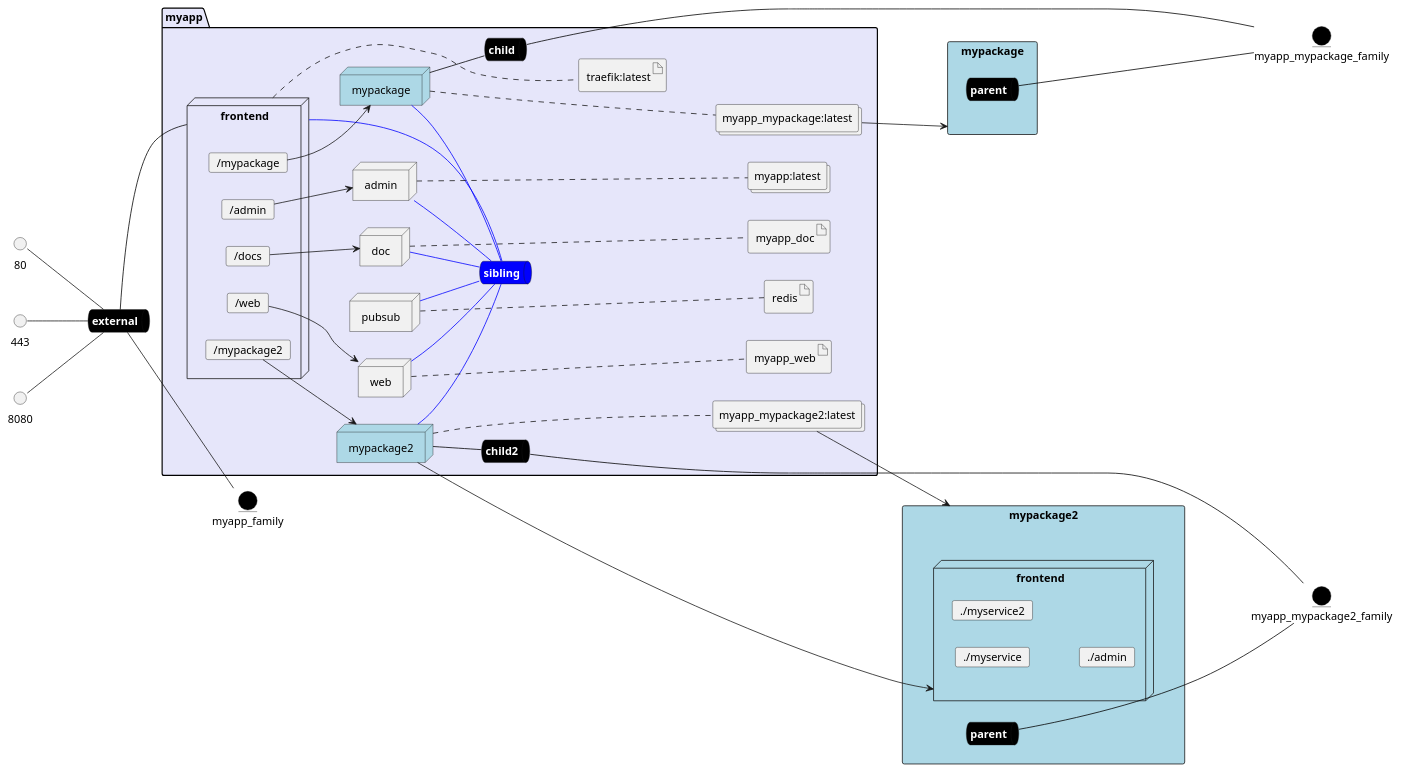
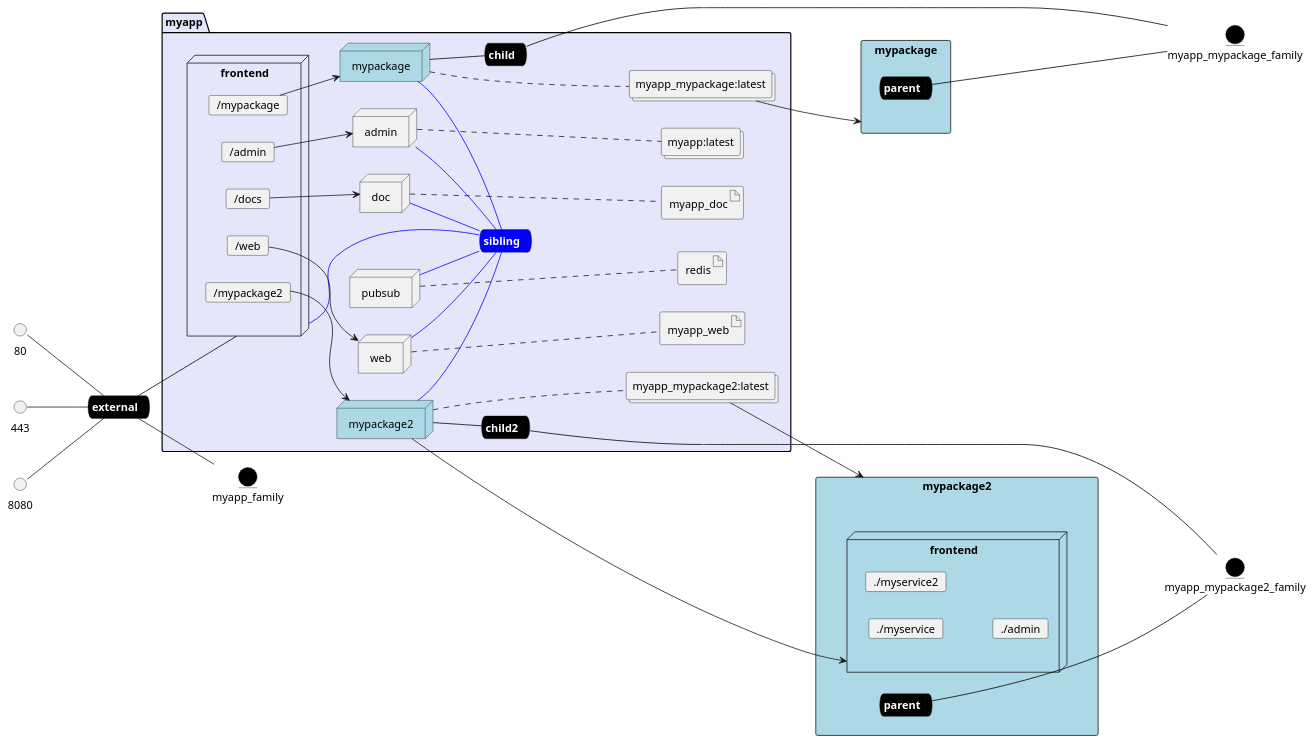
One commit to madajaju/ailtire changed the diagram in docs/Implementation/Services/deployment.puml. Above: the diagram before and after it, drawn with PlantUML. The commit also changed 34 other files, not shown here.

```diff
--- a/docs/Implementation/Services/deployment.puml
+++ b/docs/Implementation/Services/deployment.puml
@@ -1,112 +1,110 @@
 @startuml
 
 left to right direction
 
 
 queue external #black [
     <b><color:white>external</color></b>
 ]
 
 interface 80
 80 -- external
 
 interface 443
 443 -- external
 
 interface 8080
 8080 -- external
 
 
 entity myapp_family #black
 entity myapp_mypackage_family #black
 entity myapp_mypackage2_family #black
 external -- myapp_family
 
 rectangle "mypackage" as mypackageStack #lightblue {
     queue mypackageStacksnet #black [
         <b><color:white>parent</color></b>
     ]
 }
 rectangle "mypackage2" as mypackageStack2 #lightblue {
     queue mypackageStacksnet2 #black [
         <b><color:white>parent</color></b>
     ]
     node "frontend" as mypackageGwService {
         card "./myservice" as myservice1
         card "./myservice2" as myservice2
         card "./admin" as myp1adminmap
     }
 }
 
 
 package "myapp" #lavender {
     queue childrennet #black [
             <b><color:white>child</color></b>
     ]
     queue childrennet2 #black [
             <b><color:white>child2</color></b>
     ]
     childrennet -[#black]- myapp_mypackage_family
     childrennet2 -[#black]- myapp_mypackage2_family
 
     queue siblingnet #blue [
             <b><color:white>sibling</color></b>
     ]
 
     node "frontend" as frontendService {
         card "/web" as webmap
         card "/docs" as docsmap
         card "/mypackage" as mypackagemap
         card "/mypackage2" as mypackagemap2
         card "/admin" as adminmap
 
     }
     node "admin" as adminService
     node "mypackage" as mypackageService #lightblue
     node "mypackage2" as mypackageService2 #lightblue
     node "pubsub" as pubsubService
     node "web" as webService
     node "doc" as docService
 
     collections "myapp:latest" as myapplatestimage
     collections "myapp_mypackage:latest" as mypackagelatestimage
     collections "myapp_mypackage2:latest" as mypackagelatestimage2
     artifact "redis" as redisimage
-    artifact "traefik:latest" as traefiklatestimage
     artifact "myapp_web" as myapp_webimage
     artifact "myapp_doc" as myapp_docimage
 
 }
 
 external -[#black]- frontendService
 mypackageService -[#black]- childrennet
 mypackageService2 -[#black]- childrennet2
 
 mypackageService2 -[#blue]- siblingnet
 adminService -[#blue]- siblingnet
 pubsubService -[#blue]- siblingnet
 mypackageService -[#blue]- siblingnet
 webService -[#blue]- siblingnet
 docService -[#blue]- siblingnet
 frontendService -[#blue]- siblingnet
 adminService .... myapplatestimage
 mypackageService .... mypackagelatestimage
 mypackageService2 .... mypackagelatestimage2
 pubsubService .... redisimage
 webService .... myapp_webimage
 docService .... myapp_docimage
-frontendService .... traefiklatestimage
 
 mypackagelatestimage --> mypackageStack
 mypackagelatestimage2 --> mypackageStack2
 mypackageStacksnet --[#black]-- myapp_mypackage_family
 mypackageStacksnet2 --[#black]-- myapp_mypackage2_family
 
 docsmap --> docService
 webmap --> webService
 mypackagemap --> mypackageService
 mypackagemap2 --> mypackageService2
 mypackageService2 --> mypackageGwService
 adminmap --> adminService
 
 @enduml
```
